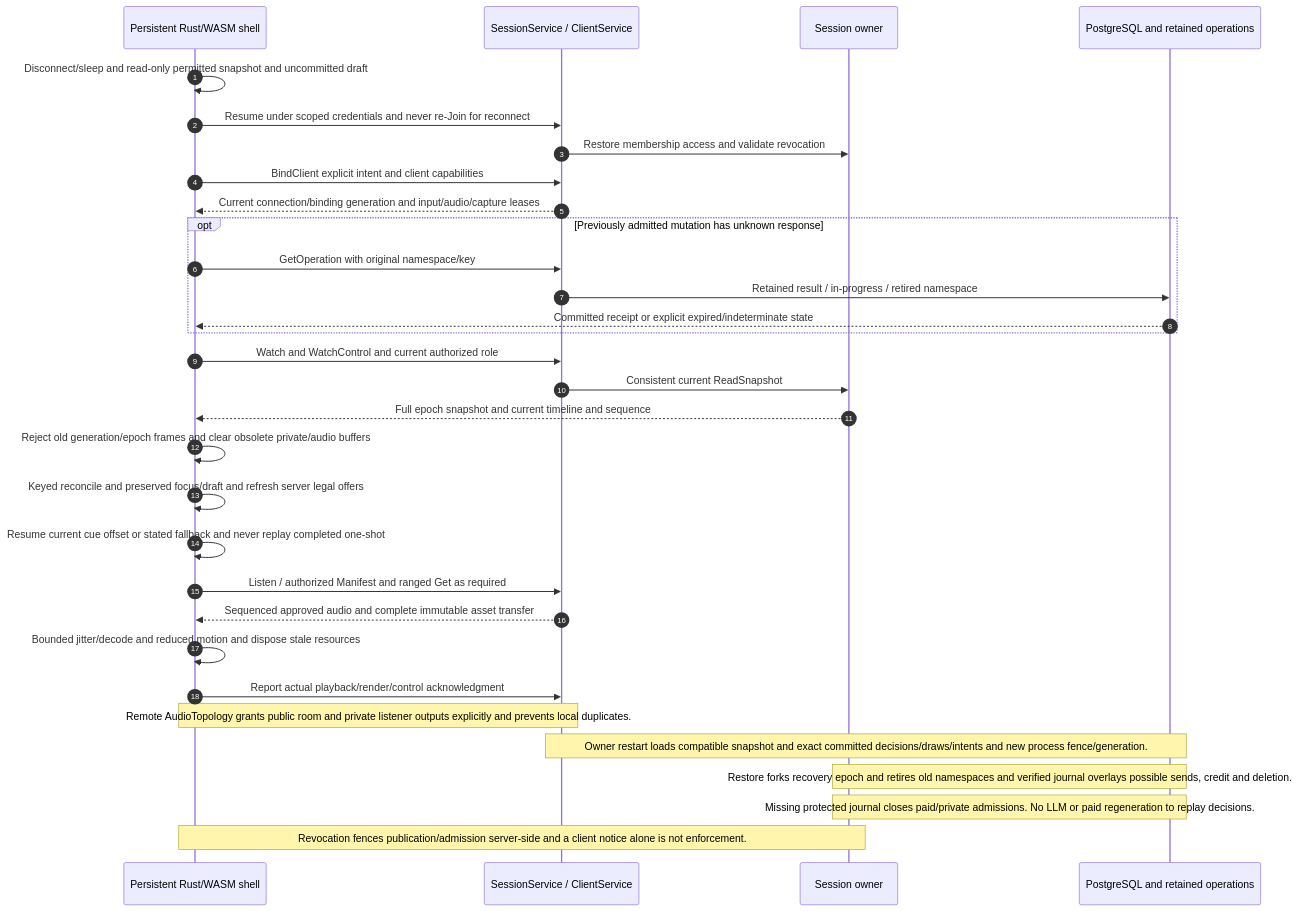
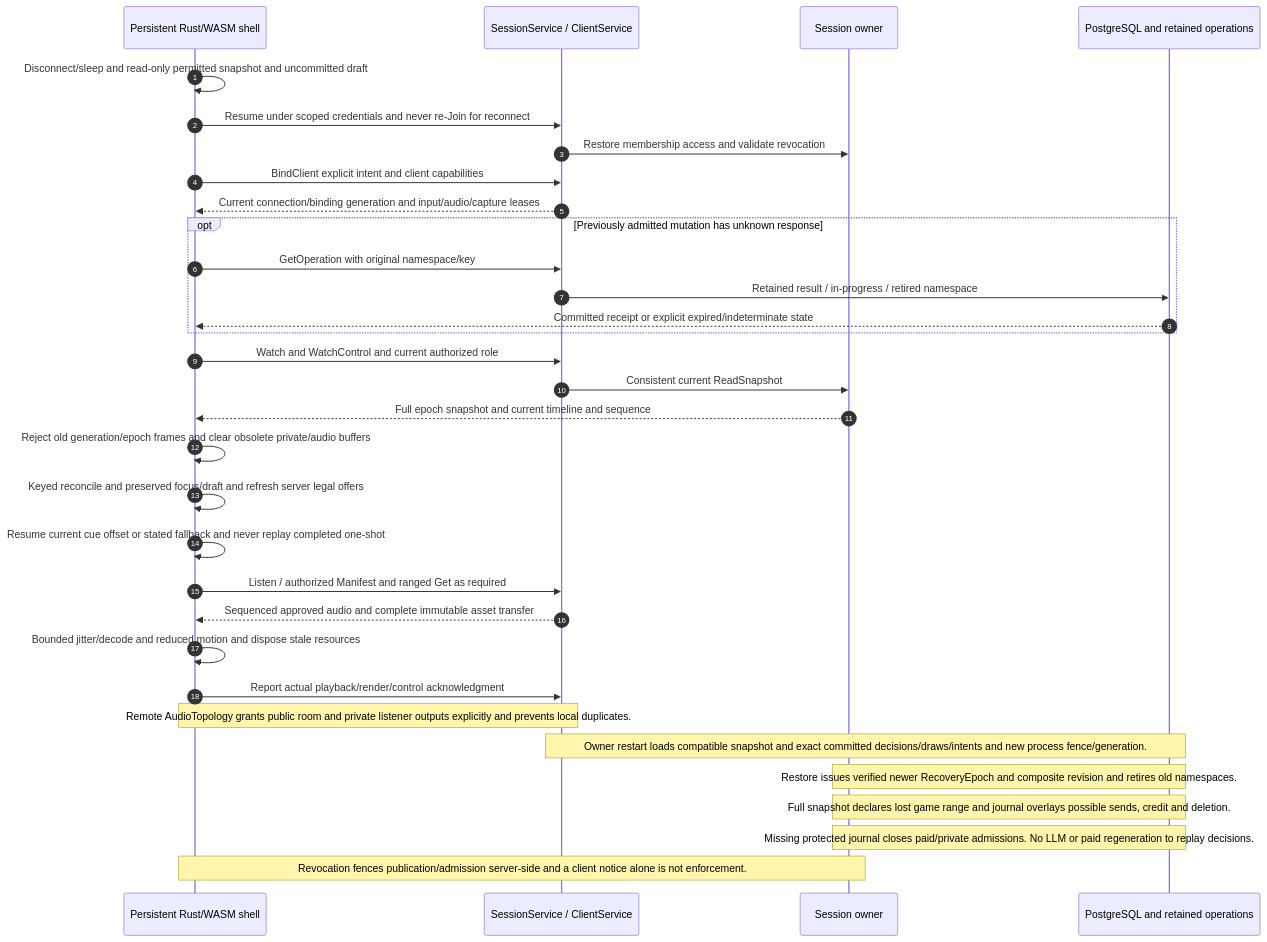
The seventh of 10 diagrams in planning/engine-overview.md (monstercameron/dungeonfluxGame), drawn with Mermaid before and after one commit. The commit also changed 134 other files, not shown here.

````diff
--- a/planning/engine-overview.md
+++ b/planning/engine-overview.md
@@ -402,33 +402,34 @@
 ```mermaid
 sequenceDiagram
   autonumber
   participant C as Persistent Rust/WASM shell
   participant A as SessionService / ClientService
   participant S as Session owner
   participant D as PostgreSQL and retained operations
   C->>C: Disconnect/sleep and read-only permitted snapshot and uncommitted draft
   C->>A: Resume under scoped credentials and never re-Join for reconnect
   A->>S: Restore membership access and validate revocation
   C->>A: BindClient explicit intent and client capabilities
   A-->>C: Current connection/binding generation and input/audio/capture leases
   opt Previously admitted mutation has unknown response
     C->>A: GetOperation with original namespace/key
     A->>D: Retained result / in-progress / retired namespace
     D-->>C: Committed receipt or explicit expired/indeterminate state
   end
   C->>A: Watch and WatchControl and current authorized role
   A->>S: Consistent current ReadSnapshot
   S-->>C: Full epoch snapshot and current timeline and sequence
   C->>C: Reject old generation/epoch frames and clear obsolete private/audio buffers
   C->>C: Keyed reconcile and preserved focus/draft and refresh server legal offers
   C->>C: Resume current cue offset or stated fallback and never replay completed one-shot
   C->>A: Listen / authorized Manifest and ranged Get as required
   A-->>C: Sequenced approved audio and complete immutable asset transfer
   C->>C: Bounded jitter/decode and reduced motion and dispose stale resources
   C->>A: Report actual playback/render/control acknowledgment
   Note over C,A: Remote AudioTopology grants public room and private listener outputs explicitly and prevents local duplicates.
   Note over A,D: Owner restart loads compatible snapshot and exact committed decisions/draws/intents and new process fence/generation.
-  Note over S,D: Restore forks recovery epoch and retires old namespaces and verified journal overlays possible sends, credit and deletion.
+  Note over S,D: Restore issues verified newer RecoveryEpoch and composite revision and retires old namespaces.
+  Note over S,D: Full snapshot declares lost game range and journal overlays possible sends, credit and deletion.
   Note over S,D: Missing protected journal closes paid/private admissions. No LLM or paid regeneration to replay decisions.
   Note over C,S: Revocation fences publication/admission server-side and a client notice alone is not enforcement.
 ```
````
